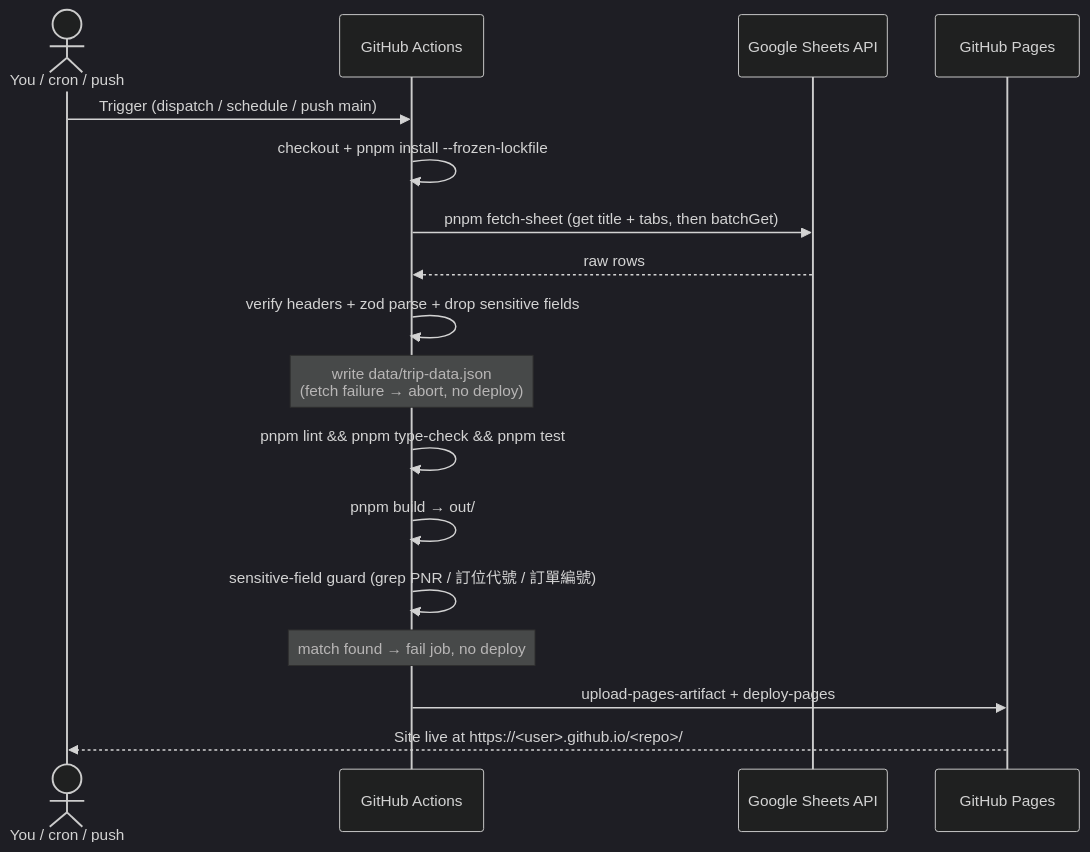
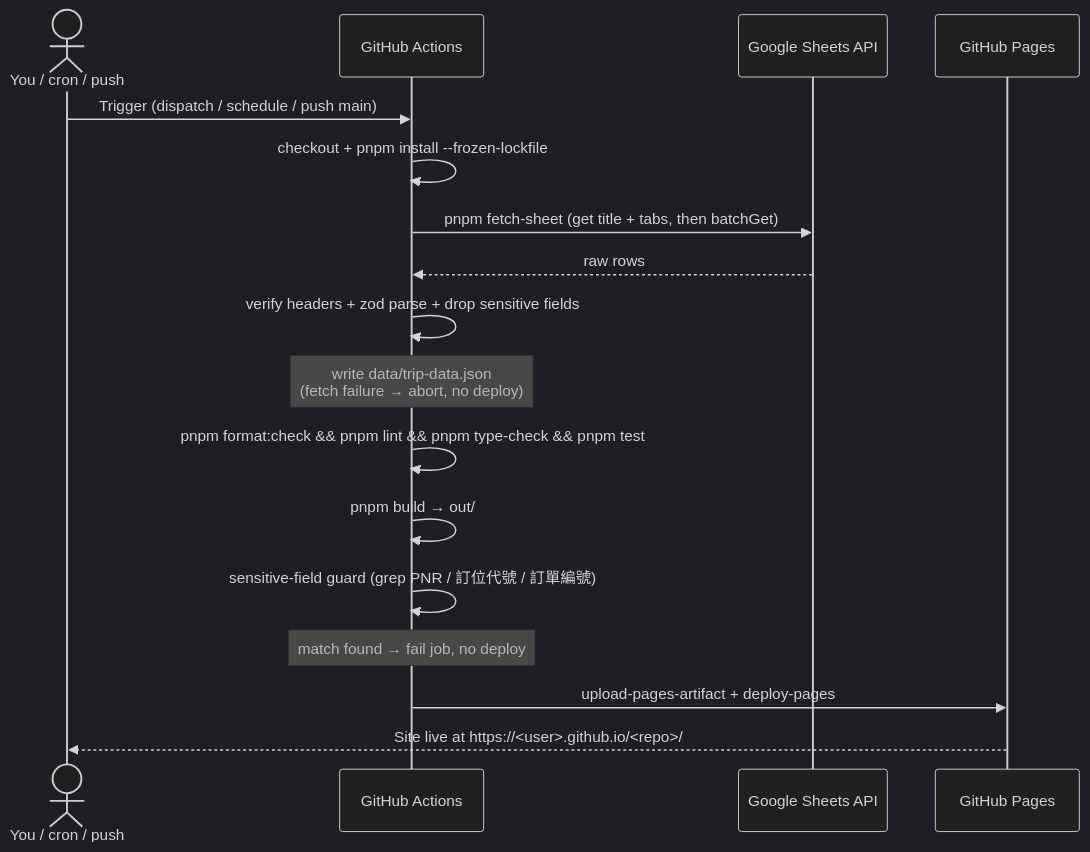
One commit to KevinShih-689/trip-sheets changed the diagram in README.md. Above: the diagram before and after it, drawn with Mermaid (dark theme). The commit also changed other lines of this file and 10 other files, not shown here.

````diff
--- a/README.md
+++ b/README.md
@@ -229,20 +250,20 @@
 ```mermaid
 sequenceDiagram
     actor Dev as You / cron / push
     participant GA as GitHub Actions
     participant GS as Google Sheets API
     participant Pages as GitHub Pages
 
     Dev->>GA: Trigger (dispatch / schedule / push main)
     GA->>GA: checkout + pnpm install --frozen-lockfile
     GA->>GS: pnpm fetch-sheet (get title + tabs, then batchGet)
     GS-->>GA: raw rows
     GA->>GA: verify headers + zod parse + drop sensitive fields
     Note over GA: write data/trip-data.json<br/>(fetch failure → abort, no deploy)
-    GA->>GA: pnpm lint && pnpm type-check && pnpm test
+    GA->>GA: pnpm format:check && pnpm lint && pnpm type-check && pnpm test
     GA->>GA: pnpm build → out/
     GA->>GA: sensitive-field guard (grep PNR / 訂位代號 / 訂單編號)
     Note over GA: match found → fail job, no deploy
     GA->>Pages: upload-pages-artifact + deploy-pages
     Pages-->>Dev: Site live at https://<user>.github.io/<repo>/
 ```
````
